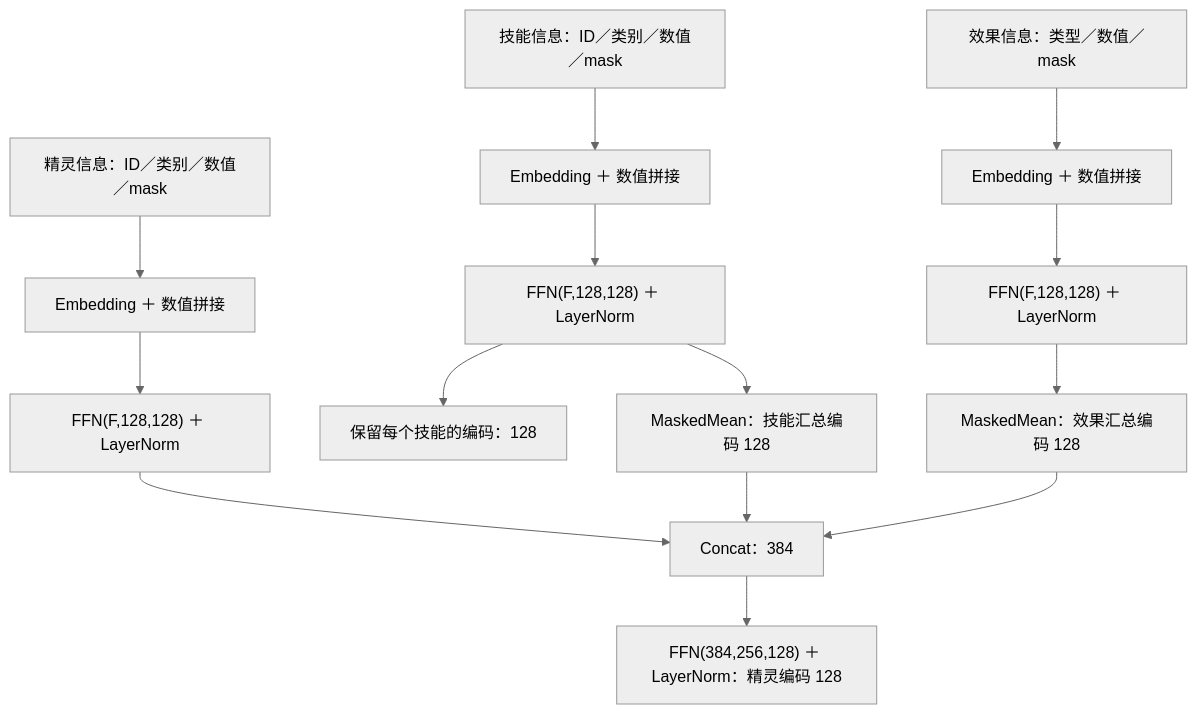
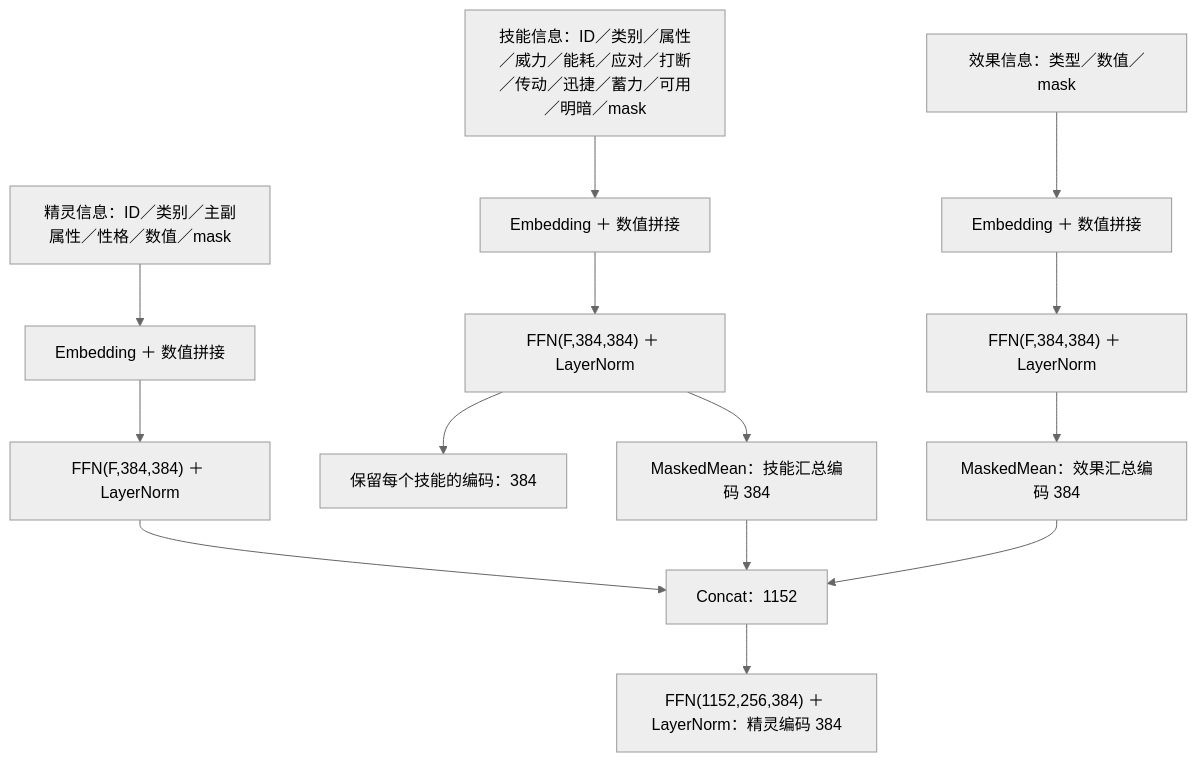
Before and after one commit to ChickenD233/Alpha-Roco: the first of 7 diagrams in MODEL_DESIGN.md, drawn with Mermaid (neutral theme). The commit also changed other lines of this file and 16 other files, not shown here.

````diff
--- a/MODEL_DESIGN.md
+++ b/MODEL_DESIGN.md
@@ -36,18 +41,18 @@
 ```mermaid
 flowchart TB
-    S0["技能信息：ID／类别／数值／mask"] --> S1["Embedding ＋ 数值拼接"]
-    S1 --> S2["FFN(F,128,128) ＋ LayerNorm"]
-    S2 --> S3["MaskedMean：技能汇总编码 128"]
-    S2 --> SK["保留每个技能的编码：128"]
+    S0["技能信息：ID／类别／属性／威力／能耗／应对／打断／传动／迅捷／蓄力／可用／明暗／mask"] --> S1["Embedding ＋ 数值拼接"]
+    S1 --> S2["FFN(F,384,384) ＋ LayerNorm"]
+    S2 --> S3["MaskedMean：技能汇总编码 384"]
+    S2 --> SK["保留每个技能的编码：384"]
 
     B0["效果信息：类型／数值／mask"] --> B1["Embedding ＋ 数值拼接"]
-    B1 --> B2["FFN(F,128,128) ＋ LayerNorm"]
-    B2 --> B3["MaskedMean：效果汇总编码 128"]
+    B1 --> B2["FFN(F,384,384) ＋ LayerNorm"]
+    B2 --> B3["MaskedMean：效果汇总编码 384"]
 
-    P0["精灵信息：ID／类别／数值／mask"] --> P1["Embedding ＋ 数值拼接"]
-    P1 --> P2["FFN(F,128,128) ＋ LayerNorm"]
-    P2 --> C["Concat：384"]
+    P0["精灵信息：ID／类别／主副属性／性格／数值／mask"] --> P1["Embedding ＋ 数值拼接"]
+    P1 --> P2["FFN(F,384,384) ＋ LayerNorm"]
+    P2 --> C["Concat：1152"]
     S3 --> C
     B3 --> C
-    C --> P3["FFN(384,256,128) ＋ LayerNorm：精灵编码 128"]
+    C --> P3["FFN(1152,256,384) ＋ LayerNorm：精灵编码 384"]
 ```
````
